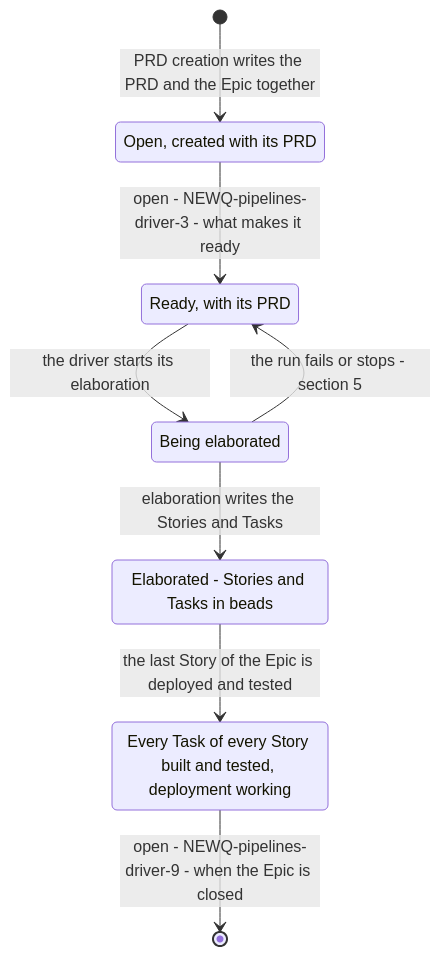
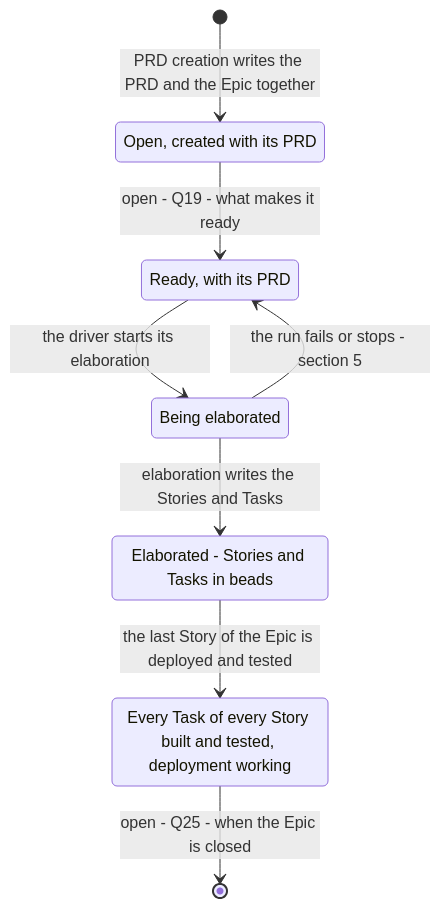
Before and after one commit to mark-satterfield/toolset: the fourth of 8 diagrams in plugins/agent-teams-workforce/blueprint/design/pipelines-driver.md, drawn with Mermaid. The commit also changed other lines of this file and 7 other files, not shown here.

First line of the commit message:
docs(blueprint): show PRD, build, deploy and driver pipelines only as the owner wants them

````diff
--- a/plugins/agent-teams-workforce/blueprint/design/pipelines-driver.md
+++ b/plugins/agent-teams-workforce/blueprint/design/pipelines-driver.md
@@ -210,15 +210,15 @@
 ```mermaid
 stateDiagram-v2
     state "Open, created with its PRD" as eOpen
     state "Ready, with its PRD" as eReady
     state "Being elaborated" as eElab
     state "Elaborated - Stories and Tasks in beads" as eDone
     state "Every Task of every Story built and tested, deployment working" as eBuilt
     [*] --> eOpen: PRD creation writes the PRD and the Epic together
-    eOpen --> eReady: open - NEWQ-pipelines-driver-3 - what makes it ready
+    eOpen --> eReady: open - Q19 - what makes it ready
     eReady --> eElab: the driver starts its elaboration
     eElab --> eDone: elaboration writes the Stories and Tasks
     eElab --> eReady: the run fails or stops - section 5
     eDone --> eBuilt: the last Story of the Epic is deployed and tested
-    eBuilt --> [*]: open - NEWQ-pipelines-driver-9 - when the Epic is closed
+    eBuilt --> [*]: open - Q25 - when the Epic is closed
 ```
````
